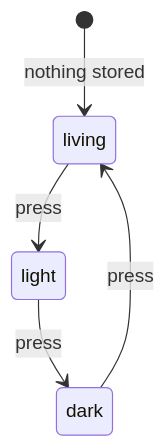
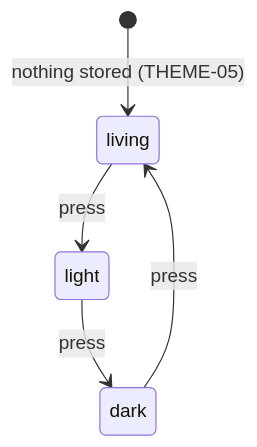
Before and after one commit to zuacaldeira/zuacaldeira.com: the second of 3 diagrams in docs/examples/theme.md, drawn with Mermaid. The commit also changed other lines of this file and 1 other file, not shown here.

First line of the commit message:
mock-up: make the living glaze the colour reference, and write the cases that remove the drift

````diff
--- a/docs/examples/theme.md
+++ b/docs/examples/theme.md
@@ -43,7 +95,7 @@
 ```mermaid
 stateDiagram-v2
-    [*] --> living: nothing stored
+    [*] --> living: nothing stored (THEME-05)
     living --> light: press
     light --> dark: press
     dark --> living: press
 ```
````
